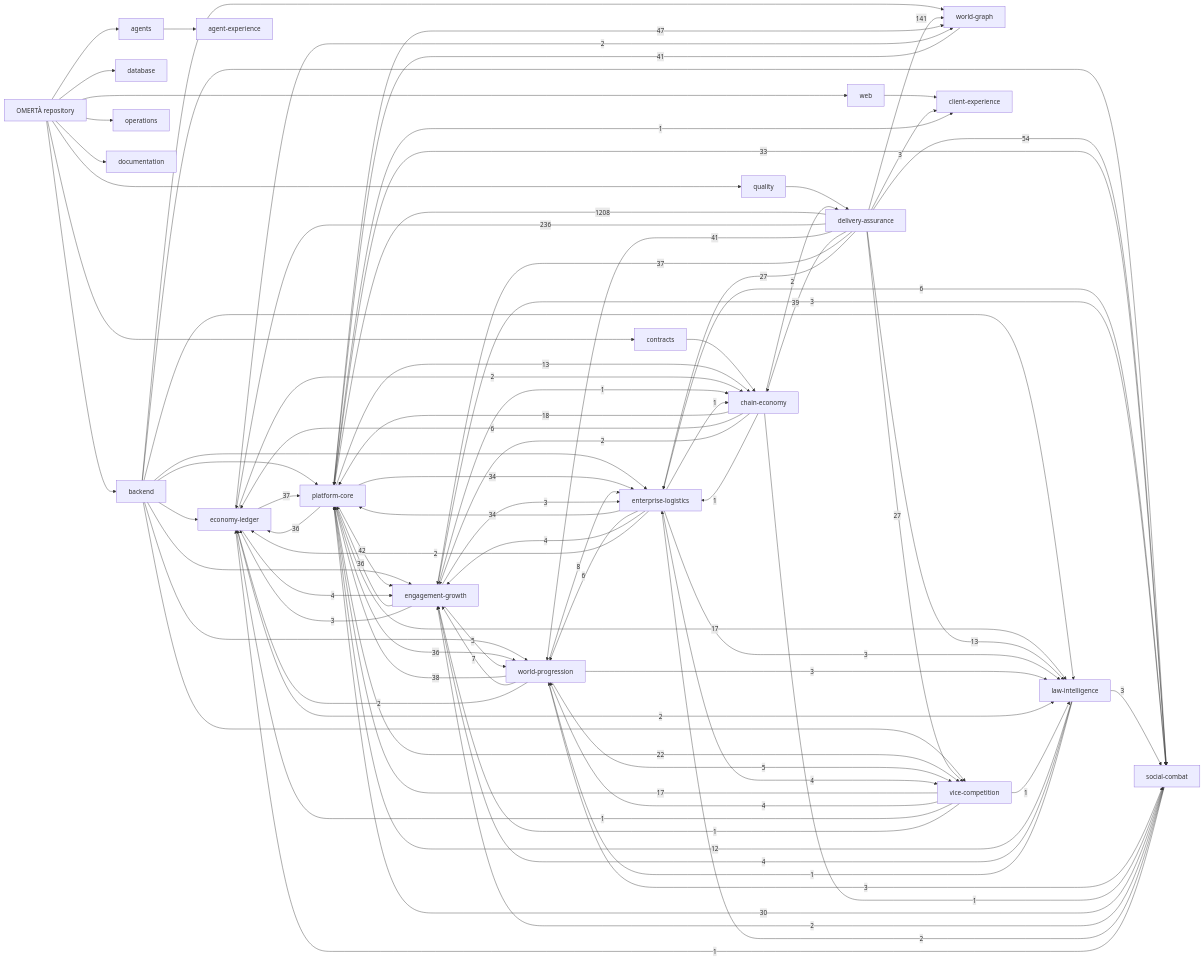
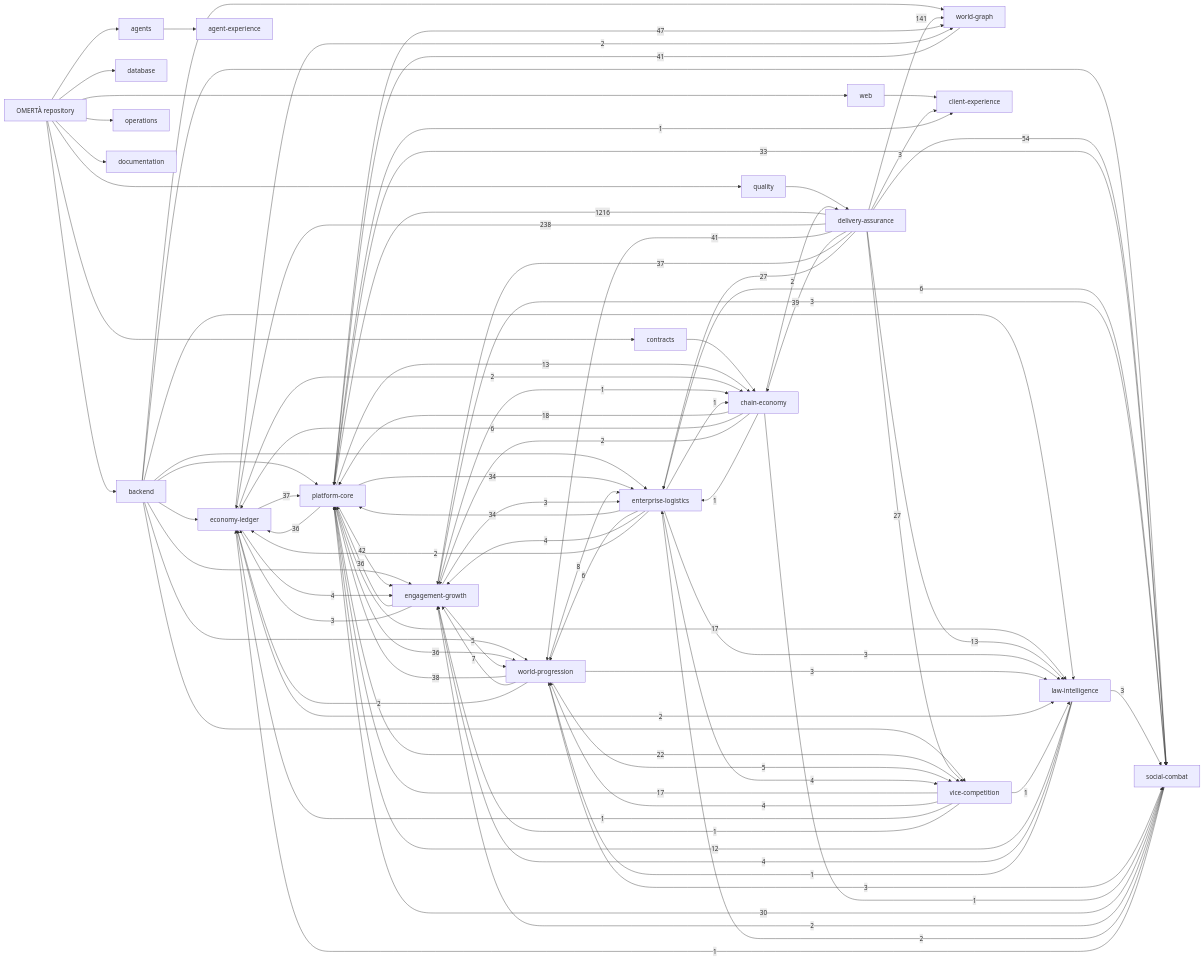
Before and after one commit to OmertaDev/Omerta: the diagram in knowledge/generated/graph.mmd, drawn with Mermaid. The commit also changed 8 other files, not shown here.

```diff
--- a/knowledge/generated/graph.mmd
+++ b/knowledge/generated/graph.mmd
@@ -1,111 +1,111 @@
 flowchart LR
   repo["OMERTÀ repository"]
   sub_backend["backend"]
   repo --> sub_backend
   sub_database["database"]
   repo --> sub_database
   sub_web["web"]
   repo --> sub_web
   sub_contracts["contracts"]
   repo --> sub_contracts
   sub_agents["agents"]
   repo --> sub_agents
   sub_quality["quality"]
   repo --> sub_quality
   sub_operations["operations"]
   repo --> sub_operations
   sub_documentation["documentation"]
   repo --> sub_documentation
   dom_platform-core["platform-core"]
   dom_economy-ledger["economy-ledger"]
   dom_social-combat["social-combat"]
   dom_world-progression["world-progression"]
   dom_world-graph["world-graph"]
   dom_enterprise-logistics["enterprise-logistics"]
   dom_vice-competition["vice-competition"]
   dom_law-intelligence["law-intelligence"]
   dom_chain-economy["chain-economy"]
   dom_engagement-growth["engagement-growth"]
   dom_client-experience["client-experience"]
   dom_agent-experience["agent-experience"]
   dom_delivery-assurance["delivery-assurance"]
   sub_agents --> dom_agent-experience
   sub_backend --> dom_economy-ledger
   sub_backend --> dom_engagement-growth
   sub_backend --> dom_enterprise-logistics
   sub_backend --> dom_law-intelligence
   sub_backend --> dom_platform-core
   sub_backend --> dom_social-combat
   sub_backend --> dom_vice-competition
   sub_backend --> dom_world-graph
   sub_backend --> dom_world-progression
   sub_contracts --> dom_chain-economy
   sub_quality --> dom_delivery-assurance
   sub_web --> dom_client-experience
-  dom_delivery-assurance -->|1208| dom_platform-core
-  dom_delivery-assurance -->|236| dom_economy-ledger
+  dom_delivery-assurance -->|1216| dom_platform-core
+  dom_delivery-assurance -->|238| dom_economy-ledger
   dom_delivery-assurance -->|141| dom_world-graph
   dom_delivery-assurance -->|54| dom_social-combat
   dom_platform-core -->|47| dom_world-graph
   dom_platform-core -->|42| dom_engagement-growth
   dom_delivery-assurance -->|41| dom_world-progression
   dom_world-graph -->|41| dom_platform-core
   dom_delivery-assurance -->|39| dom_chain-economy
   dom_world-progression -->|38| dom_platform-core
   dom_delivery-assurance -->|37| dom_engagement-growth
   dom_economy-ledger -->|37| dom_platform-core
   dom_engagement-growth -->|36| dom_platform-core
   dom_platform-core -->|36| dom_economy-ledger
   dom_platform-core -->|36| dom_world-progression
   dom_enterprise-logistics -->|34| dom_platform-core
   dom_platform-core -->|34| dom_enterprise-logistics
   dom_platform-core -->|33| dom_social-combat
   dom_social-combat -->|30| dom_platform-core
   dom_delivery-assurance -->|27| dom_enterprise-logistics
   dom_delivery-assurance -->|27| dom_vice-competition
   dom_platform-core -->|22| dom_vice-competition
   dom_chain-economy -->|18| dom_platform-core
   dom_platform-core -->|17| dom_law-intelligence
   dom_vice-competition -->|17| dom_platform-core
   dom_delivery-assurance -->|13| dom_law-intelligence
   dom_platform-core -->|13| dom_chain-economy
   dom_law-intelligence -->|12| dom_platform-core
   dom_world-progression -->|8| dom_enterprise-logistics
   dom_world-progression -->|7| dom_engagement-growth
   dom_chain-economy -->|6| dom_economy-ledger
   dom_enterprise-logistics -->|6| dom_social-combat
   dom_enterprise-logistics -->|6| dom_world-progression
   dom_engagement-growth -->|5| dom_world-progression
   dom_world-progression -->|5| dom_vice-competition
   dom_economy-ledger -->|4| dom_engagement-growth
   dom_enterprise-logistics -->|4| dom_engagement-growth
   dom_enterprise-logistics -->|4| dom_vice-competition
   dom_law-intelligence -->|4| dom_engagement-growth
   dom_vice-competition -->|4| dom_world-progression
   dom_delivery-assurance -->|3| dom_client-experience
   dom_engagement-growth -->|3| dom_economy-ledger
   dom_engagement-growth -->|3| dom_enterprise-logistics
   dom_engagement-growth -->|3| dom_social-combat
   dom_enterprise-logistics -->|3| dom_law-intelligence
   dom_law-intelligence -->|3| dom_social-combat
   dom_world-progression -->|3| dom_law-intelligence
   dom_world-progression -->|3| dom_social-combat
   dom_chain-economy -->|2| dom_delivery-assurance
   dom_chain-economy -->|2| dom_engagement-growth
   dom_economy-ledger -->|2| dom_chain-economy
   dom_economy-ledger -->|2| dom_law-intelligence
   dom_economy-ledger -->|2| dom_world-graph
   dom_enterprise-logistics -->|2| dom_economy-ledger
   dom_social-combat -->|2| dom_engagement-growth
   dom_social-combat -->|2| dom_enterprise-logistics
   dom_world-progression -->|2| dom_economy-ledger
   dom_chain-economy -->|1| dom_enterprise-logistics
   dom_chain-economy -->|1| dom_social-combat
   dom_engagement-growth -->|1| dom_chain-economy
   dom_enterprise-logistics -->|1| dom_chain-economy
   dom_law-intelligence -->|1| dom_world-progression
   dom_platform-core -->|1| dom_client-experience
   dom_social-combat -->|1| dom_economy-ledger
   dom_vice-competition -->|1| dom_economy-ledger
   dom_vice-competition -->|1| dom_engagement-growth
   dom_vice-competition -->|1| dom_law-intelligence
```
